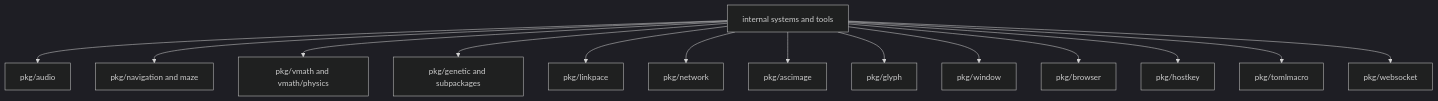
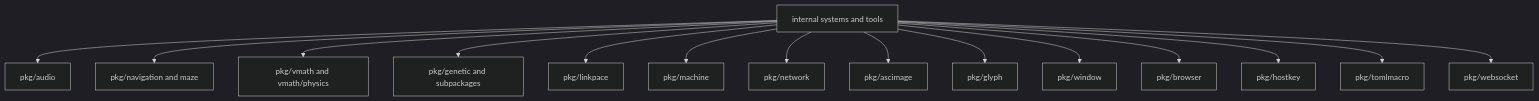
The fourth of 4 diagrams in doc/package-map.md (lixenwraith/vif), drawn with Mermaid (dark theme) before and after one commit. The commit also changed other lines of this file and 8 other files, not shown here.

Commit message:
pkg/machine: the per-entity machine kernel and the deferred queue (#843)

````diff
--- a/doc/package-map.md
+++ b/doc/package-map.md
@@ -108,16 +108,17 @@
 ```mermaid
 flowchart TD
     Game["internal systems and tools"] --> Audio["pkg/audio"]
     Game --> Nav["pkg/navigation and maze"]
     Game --> Physics["pkg/vmath and vmath/physics"]
     Game --> Genetic["pkg/genetic and subpackages"]
     Game --> Link["pkg/linkpace"]
+    Game --> Machine["pkg/machine"]
     Game --> Network["pkg/network"]
     Game --> Image["pkg/ascimage"]
     Game --> Glyph["pkg/glyph"]
     Game --> Window["pkg/window"]
     Game --> Browser["pkg/browser"]
     Game --> HostKey["pkg/hostkey"]
     Game --> Macro["pkg/tomlmacro"]
     Game --> Socket["pkg/websocket"]
 ```
````
